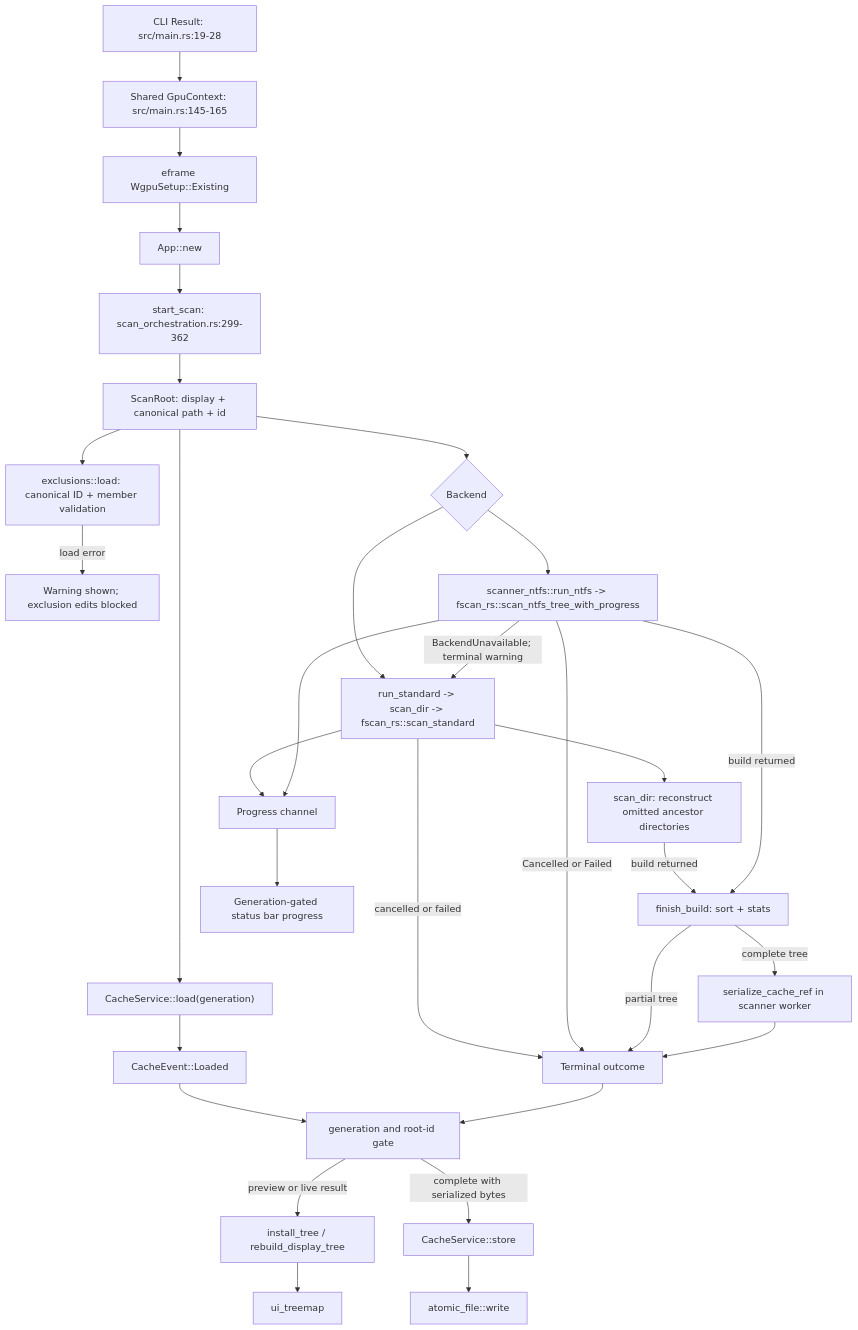
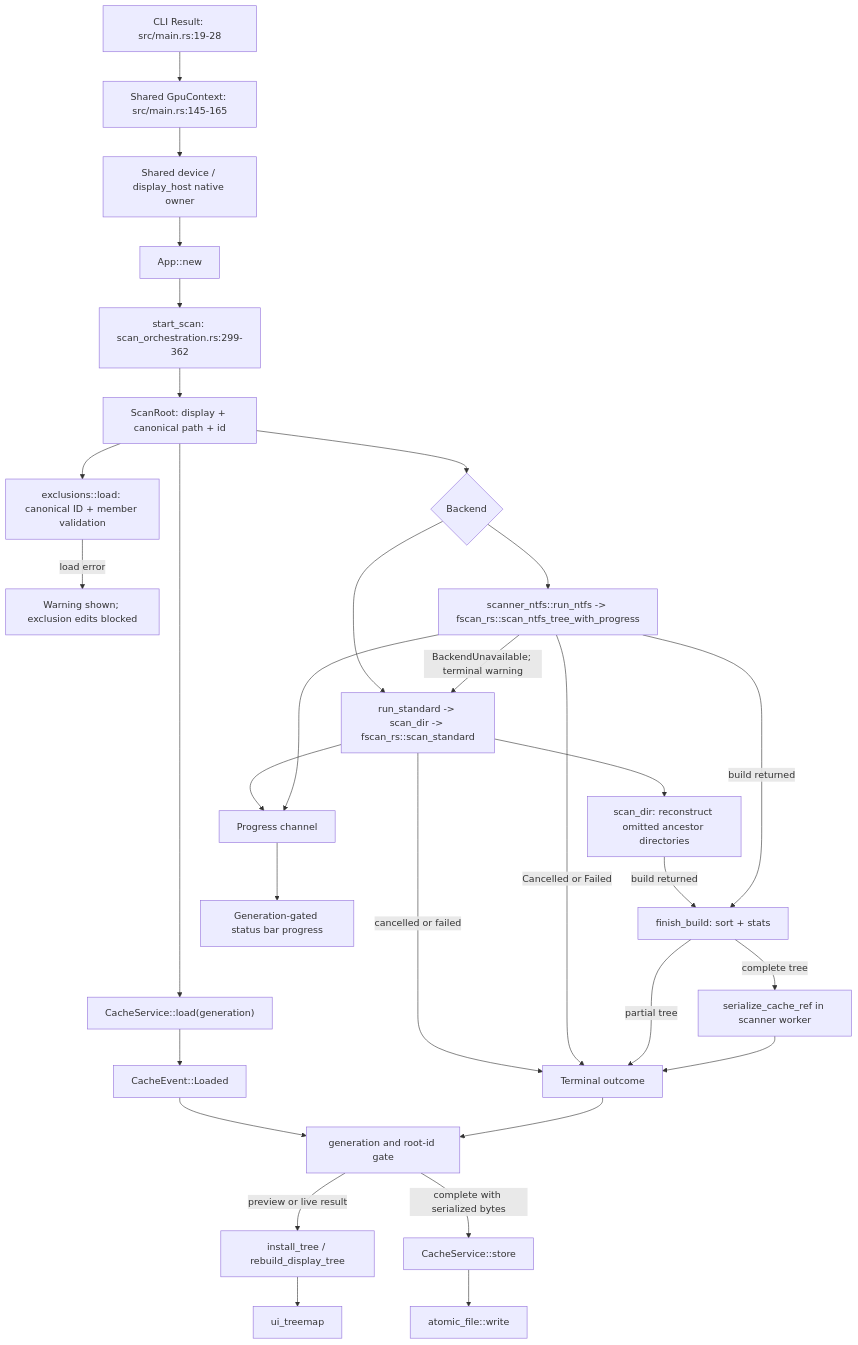
The first of 14 diagrams in DIAGRAMS.md (ssoj13/squarebob-rs), drawn with Mermaid before and after one commit. The commit also changed other lines of this file and 30 other files, not shown here.

````diff
--- a/DIAGRAMS.md
+++ b/DIAGRAMS.md
@@ -7,33 +7,33 @@
 ```mermaid
 flowchart TD
     CLI["CLI Result: src/main.rs:19-28"] --> GPU["Shared GpuContext: src/main.rs:145-165"]
-    GPU --> Eframe["eframe WgpuSetup::Existing"]
+    GPU --> Eframe["Shared device / display_host native owner"]
     Eframe --> App["App::new"]
     App --> Start["start_scan: scan_orchestration.rs:299-362"]
     Start --> Root["ScanRoot: display + canonical path + id"]
     Root --> Exclusions["exclusions::load: canonical ID + member validation"]
     Exclusions -->|load error| Warning["Warning shown; exclusion edits blocked"]
     Root --> CacheCmd["CacheService::load(generation)"]
     Root --> Select{"Backend"}
     Select --> Standard["run_standard -> scan_dir -> fscan_rs::scan_standard"]
     Select --> NTFS["scanner_ntfs::run_ntfs -> fscan_rs::scan_ntfs_tree_with_progress"]
     NTFS -->|BackendUnavailable; terminal warning| Standard
     Standard --> Ancestors["scan_dir: reconstruct omitted ancestor directories"]
     Ancestors -->|build returned| Build["finish_build: sort + stats"]
     NTFS -->|build returned| Build
     Standard -->|cancelled or failed| Terminal["Terminal outcome"]
     NTFS -->|Cancelled or Failed| Terminal
     Build -->|complete tree| Serialize["serialize_cache_ref in scanner worker"]
     Build -->|partial tree| Terminal
     Serialize --> Terminal
     Standard --> Progress["Progress channel"]
     NTFS --> Progress
     CacheCmd --> CacheEvent["CacheEvent::Loaded"]
     CacheEvent --> Gate["generation and root-id gate"]
     Progress --> UIStatus["Generation-gated status bar progress"]
     Terminal --> Gate
     Gate -->|preview or live result| Install["install_tree / rebuild_display_tree"]
     Gate -->|complete with serialized bytes| Store["CacheService::store"]
     Store --> Atomic["atomic_file::write"]
     Install --> UI["ui_treemap"]
 ```
````
